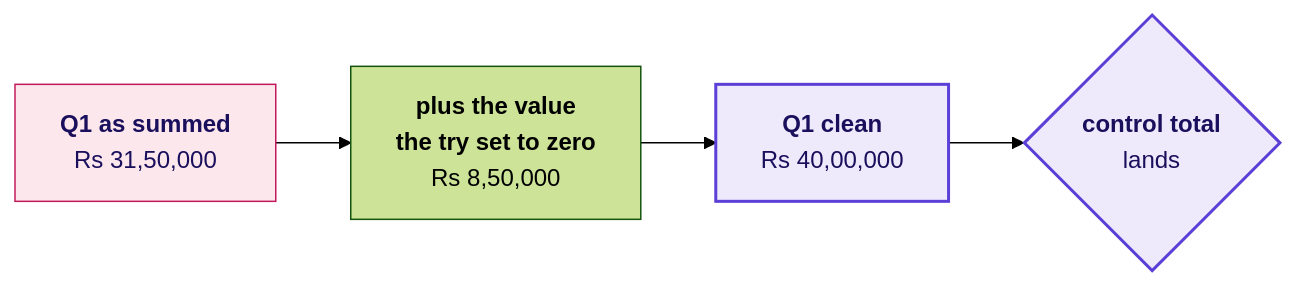
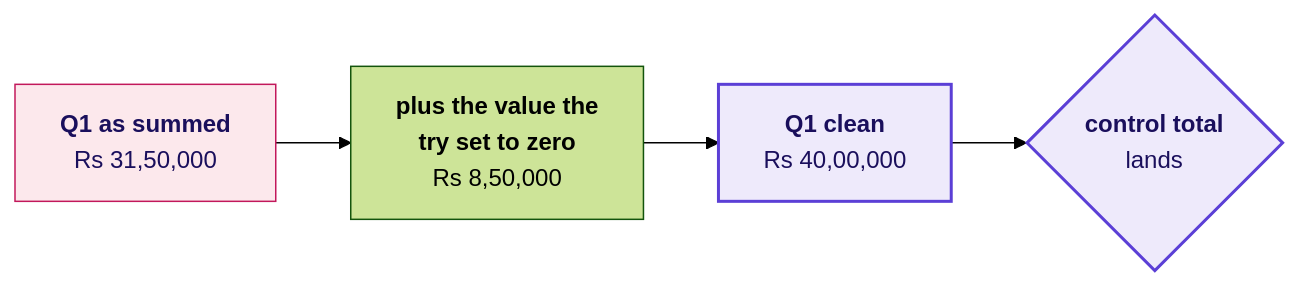
Before and after one commit to fde-academy-lab/c2-content-factory: the fifth of 12 diagrams in content/W01/D5/slides/C2_W01_D05_debrief_STUDENT.md, drawn with Mermaid (forest theme). The commit also changed other lines of this file and 5 other files, not shown here.

````diff
--- a/content/W01/D5/slides/C2_W01_D05_debrief_STUDENT.md
+++ b/content/W01/D5/slides/C2_W01_D05_debrief_STUDENT.md
@@ -338,10 +470,10 @@
 ```mermaid
 flowchart LR
-    A["<b>Q1 as summed</b><br/>Rs 31,50,000"] --> B["<b>plus the value<br/>the try set to zero</b><br/>Rs 8,50,000"]
+    A["<b>Q1 as summed</b><br/>Rs 31,50,000"] --> B["<b>plus the value the<br/>try set to zero</b><br/>Rs 8,50,000"]
     B --> C["<b>Q1 clean</b><br/>Rs 40,00,000"]
     C --> D{"<b>control total</b><br/>lands"}
     classDef bad fill:#FCE8EC,stroke:#C2185B,color:#1A0F5C
     classDef known fill:#EEEAFB,stroke:#5B3FD6,color:#1A0F5C,stroke-width:2px
     class A bad
     class C,D known
 ```
````
